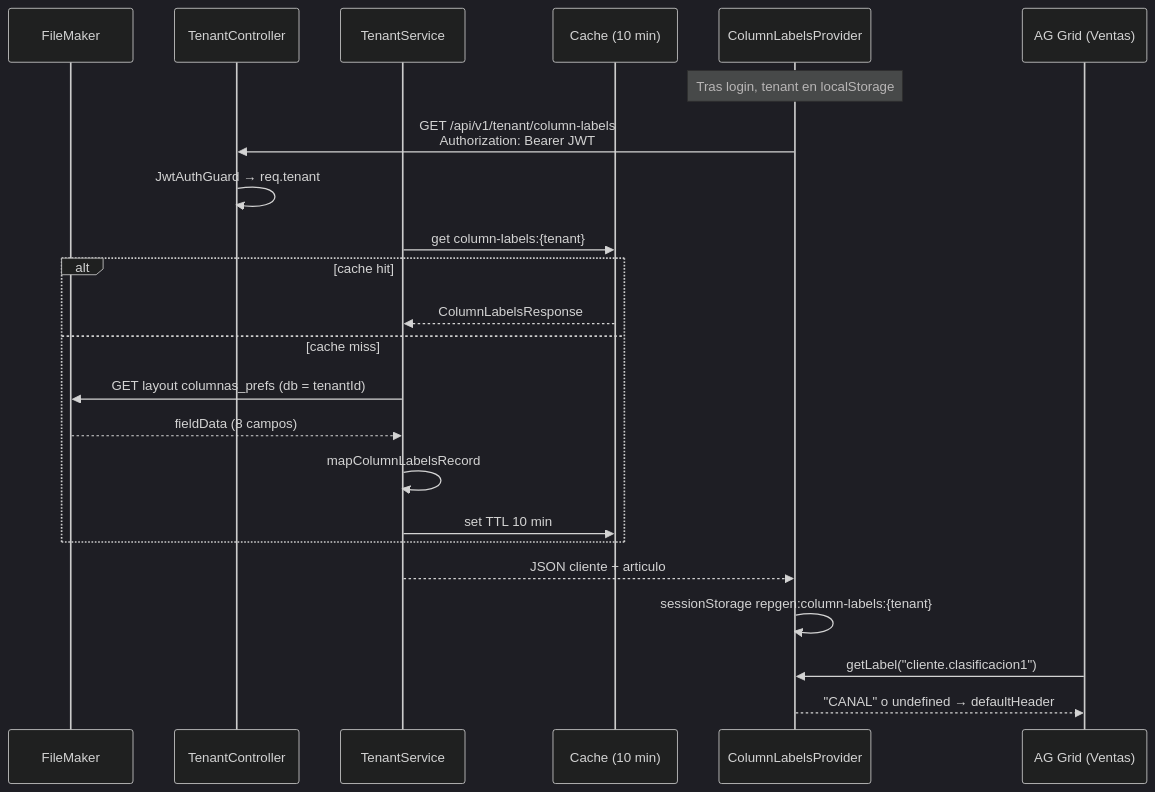
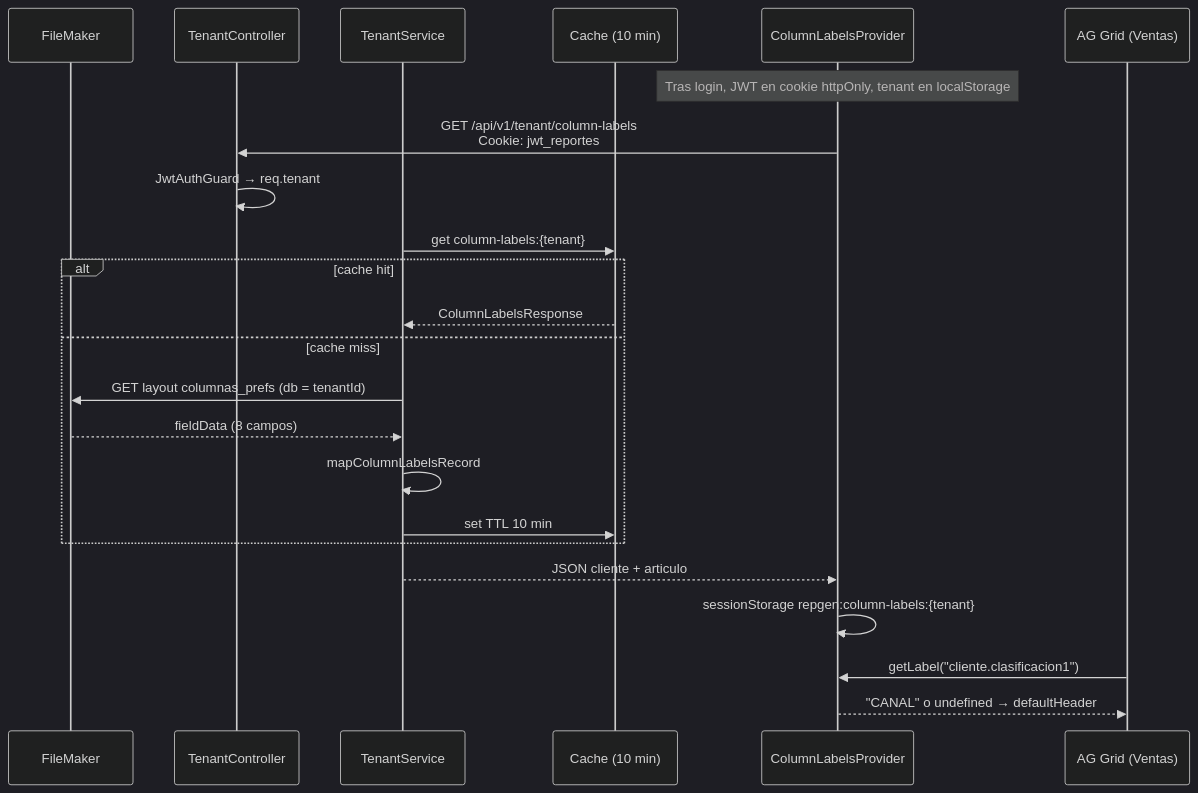
One commit to 99-Soluciones/rep-gen changed the diagram in repgen-backend/docs/tenant/COLUMN_LABELS.md. Above: the diagram before and after it, drawn with Mermaid (dark theme). The commit also changed other lines of this file and 9 other files, not shown here.

````diff
--- a/repgen-backend/docs/tenant/COLUMN_LABELS.md
+++ b/repgen-backend/docs/tenant/COLUMN_LABELS.md
@@ -41,26 +41,26 @@
 ```mermaid
 sequenceDiagram
   participant FM as FileMaker
   participant API as TenantController
   participant SVC as TenantService
   participant CACHE as Cache (10 min)
   participant FE as ColumnLabelsProvider
   participant GRID as AG Grid (Ventas)
 
-  Note over FE: Tras login, tenant en localStorage
-  FE->>API: GET /api/v1/tenant/column-labels<br/>Authorization: Bearer JWT
+  Note over FE: Tras login, JWT en cookie httpOnly, tenant en localStorage
+  FE->>API: GET /api/v1/tenant/column-labels<br/>Cookie: jwt_reportes
   API->>API: JwtAuthGuard → req.tenant
   SVC->>CACHE: get column-labels:{tenant}
   alt cache hit
     CACHE-->>SVC: ColumnLabelsResponse
   else cache miss
     SVC->>FM: GET layout columnas_prefs (db = tenantId)
     FM-->>SVC: fieldData (8 campos)
     SVC->>SVC: mapColumnLabelsRecord
     SVC->>CACHE: set TTL 10 min
   end
   SVC-->>FE: JSON cliente + articulo
   FE->>FE: sessionStorage repgen:column-labels:{tenant}
   GRID->>FE: getLabel("cliente.clasificacion1")
   FE-->>GRID: "CANAL" o undefined → defaultHeader
 ```
````
